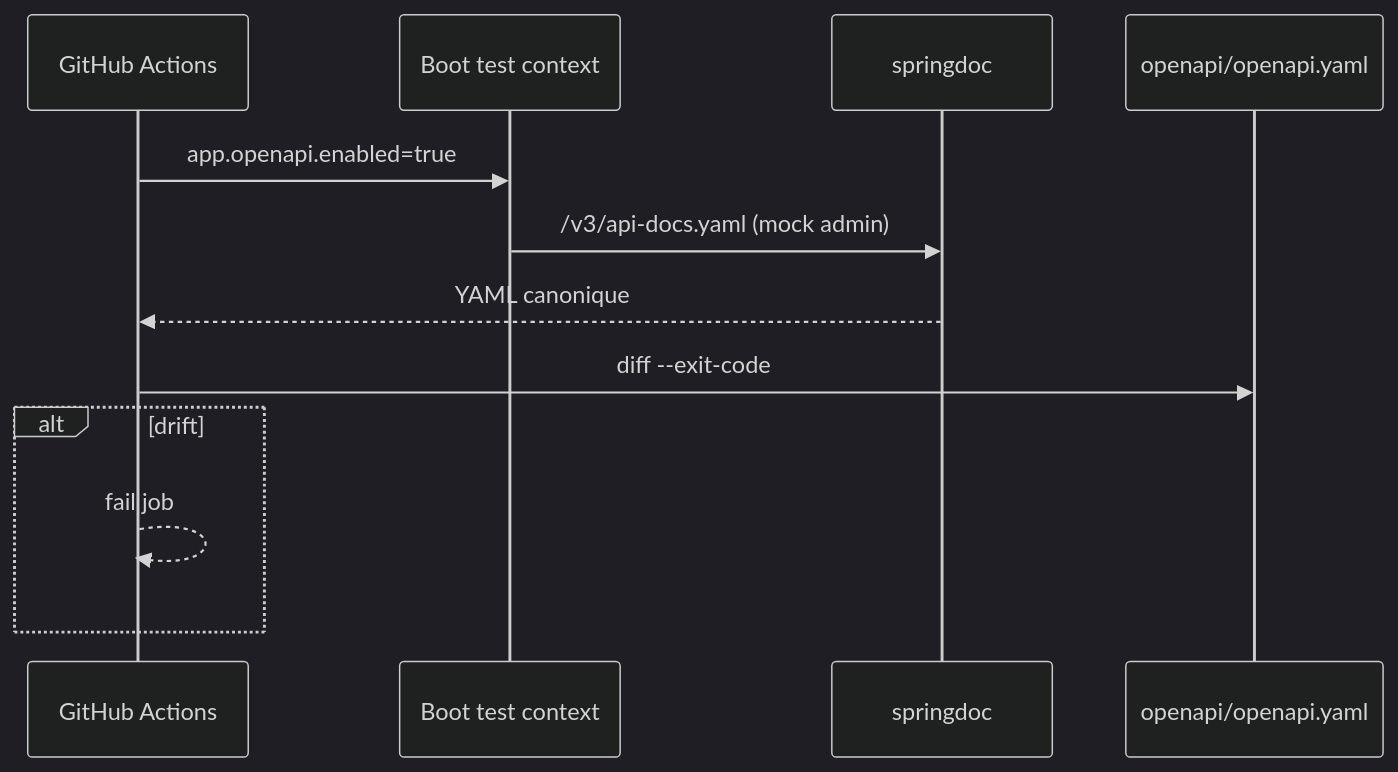
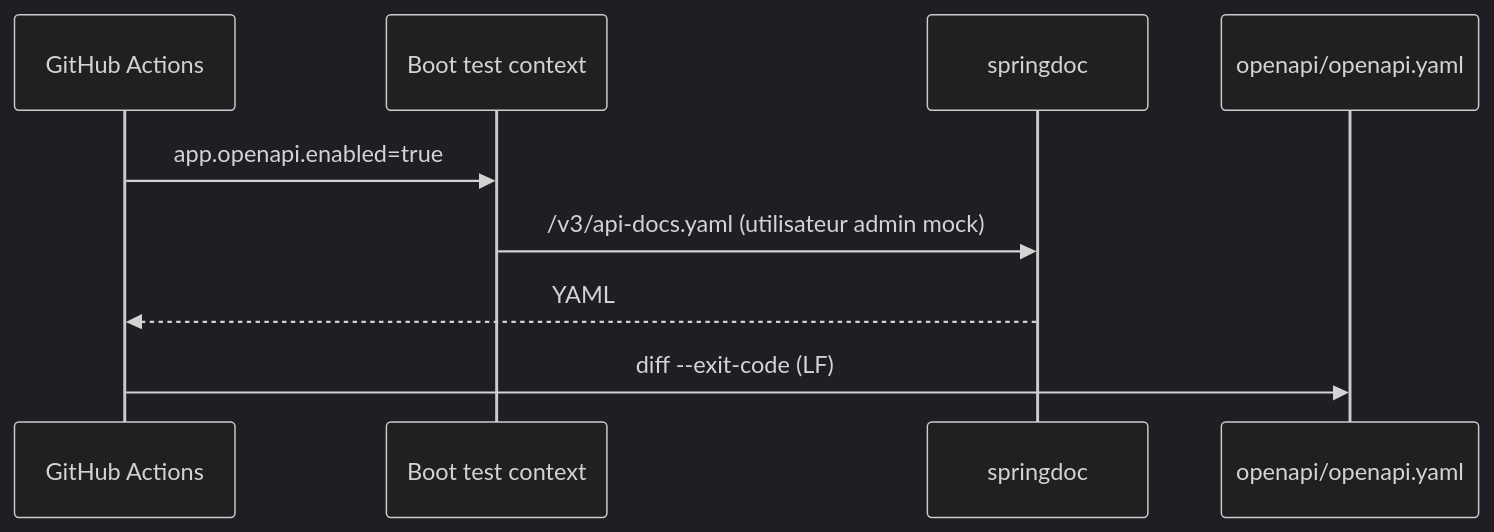
The fourth of 4 diagrams in docs/ai/design/2026-08-19-feature-openapi-pagination-admin.md (superjojo79/Myrmacta), drawn with Mermaid (dark theme) before and after one commit. The commit also changed other lines of this file and 3 other files, not shown here.

````diff
--- a/docs/ai/design/2026-08-19-feature-openapi-pagination-admin.md
+++ b/docs/ai/design/2026-08-19-feature-openapi-pagination-admin.md
@@ -76,15 +102,12 @@
 ```mermaid
 sequenceDiagram
   participant CI as GitHub Actions
   participant APP as Boot test context
   participant SD as springdoc
   participant GIT as openapi/openapi.yaml
 
   CI->>APP: app.openapi.enabled=true
-  APP->>SD: /v3/api-docs.yaml (mock admin)
-  SD-->>CI: YAML canonique
-  CI->>GIT: diff --exit-code
-  alt drift
-    CI-->>CI: fail job
-  end
+  APP->>SD: /v3/api-docs.yaml (utilisateur admin mock)
+  SD-->>CI: YAML
+  CI->>GIT: diff --exit-code (LF)
 ```
````
